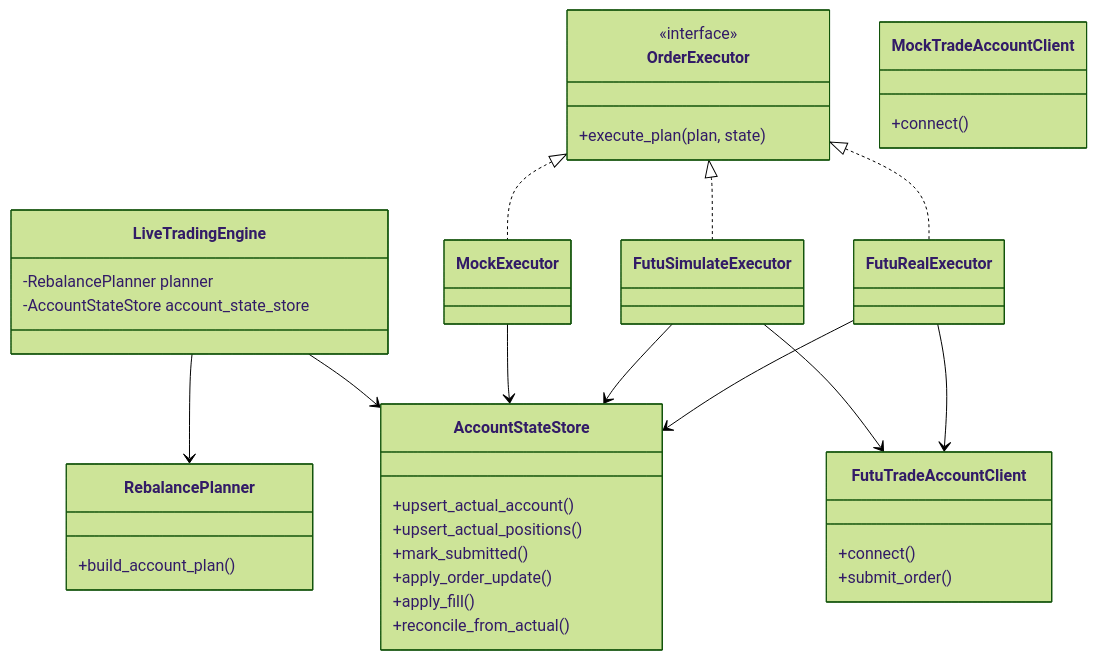
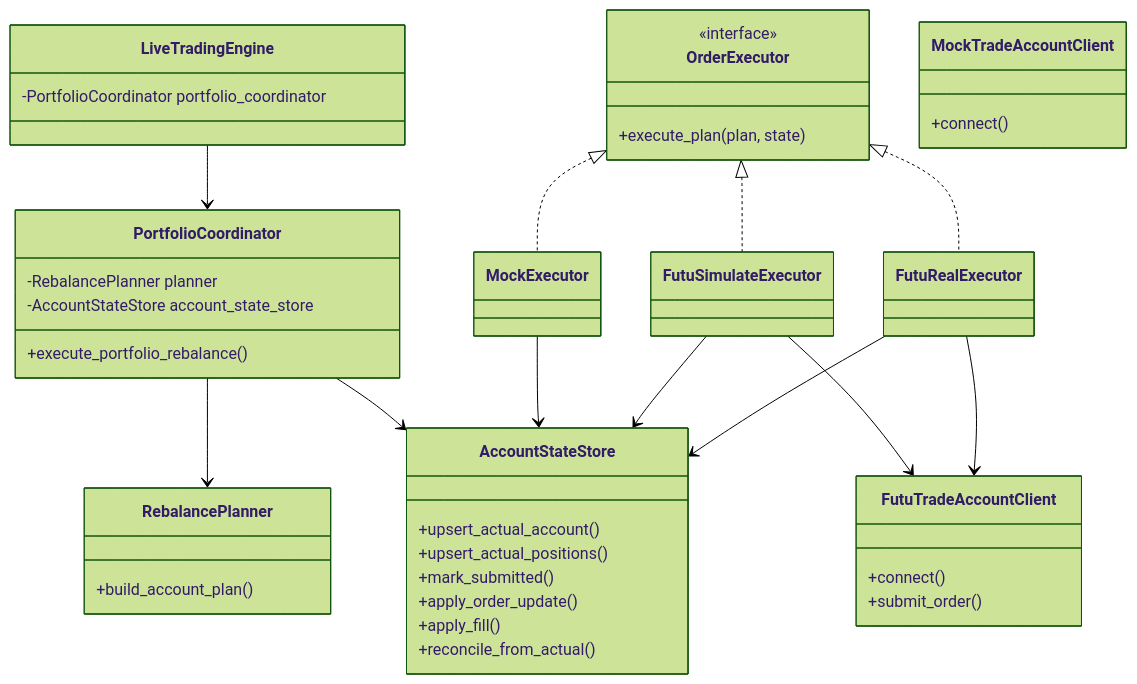
The first of 3 diagrams in docs/README_livetrading_real_order_plan.md (hangchow/backtest), drawn with Mermaid (forest theme) before and after one commit. The commit also changed other lines of this file and 7 other files, not shown here.

````diff
--- a/docs/README_livetrading_real_order_plan.md
+++ b/docs/README_livetrading_real_order_plan.md
@@ -118,49 +126,55 @@
 ```mermaid
 classDiagram
     class LiveTradingEngine {
+        -PortfolioCoordinator portfolio_coordinator
+    }
+
+    class PortfolioCoordinator {
         -RebalancePlanner planner
         -AccountStateStore account_state_store
+        +execute_portfolio_rebalance()
     }
 
     class RebalancePlanner {
         +build_account_plan()
     }
 
     class OrderExecutor {
         <<interface>>
         +execute_plan(plan, state)
     }
 
     class MockExecutor
     class FutuSimulateExecutor
     class FutuRealExecutor
 
     class AccountStateStore {
         +upsert_actual_account()
         +upsert_actual_positions()
         +mark_submitted()
         +apply_order_update()
         +apply_fill()
         +reconcile_from_actual()
     }
 
     class MockTradeAccountClient {
         +connect()
     }
 
     class FutuTradeAccountClient {
         +connect()
         +submit_order()
     }
 
-    LiveTradingEngine --> RebalancePlanner
-    LiveTradingEngine --> AccountStateStore
+    LiveTradingEngine --> PortfolioCoordinator
+    PortfolioCoordinator --> RebalancePlanner
+    PortfolioCoordinator --> AccountStateStore
     OrderExecutor <|.. MockExecutor
     OrderExecutor <|.. FutuSimulateExecutor
     OrderExecutor <|.. FutuRealExecutor
     FutuSimulateExecutor --> FutuTradeAccountClient
     FutuRealExecutor --> FutuTradeAccountClient
     MockExecutor --> AccountStateStore
     FutuSimulateExecutor --> AccountStateStore
     FutuRealExecutor --> AccountStateStore
 ```
````
